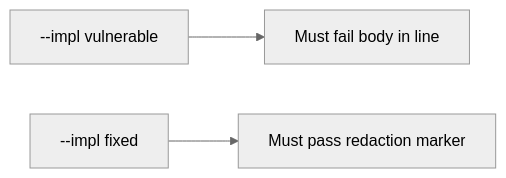
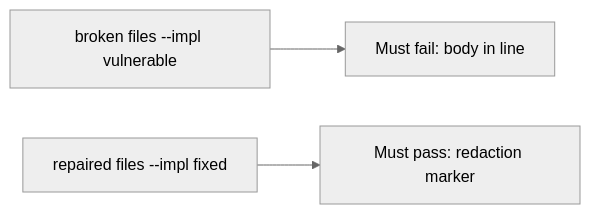
One commit to ishitvagoel/LearnSecurity changed the diagram in content/modules/3/3.1/lessons/05-verify.md. Above: the diagram before and after it, drawn with Mermaid (neutral theme). The commit also changed other lines of this file and 31 other files, not shown here.

````diff
--- a/content/modules/3/3.1/lessons/05-verify.md
+++ b/content/modules/3/3.1/lessons/05-verify.md
@@ -15,5 +14,5 @@
 ```mermaid
 flowchart LR
-  V["--impl vulnerable"] --> F[Must fail body in line]
-  X["--impl fixed"] --> P[Must pass redaction marker]
+  V["broken files --impl vulnerable"] --> F[Must fail: body in line]
+  X["repaired files --impl fixed"] --> P[Must pass: redaction marker]
 ```
````
